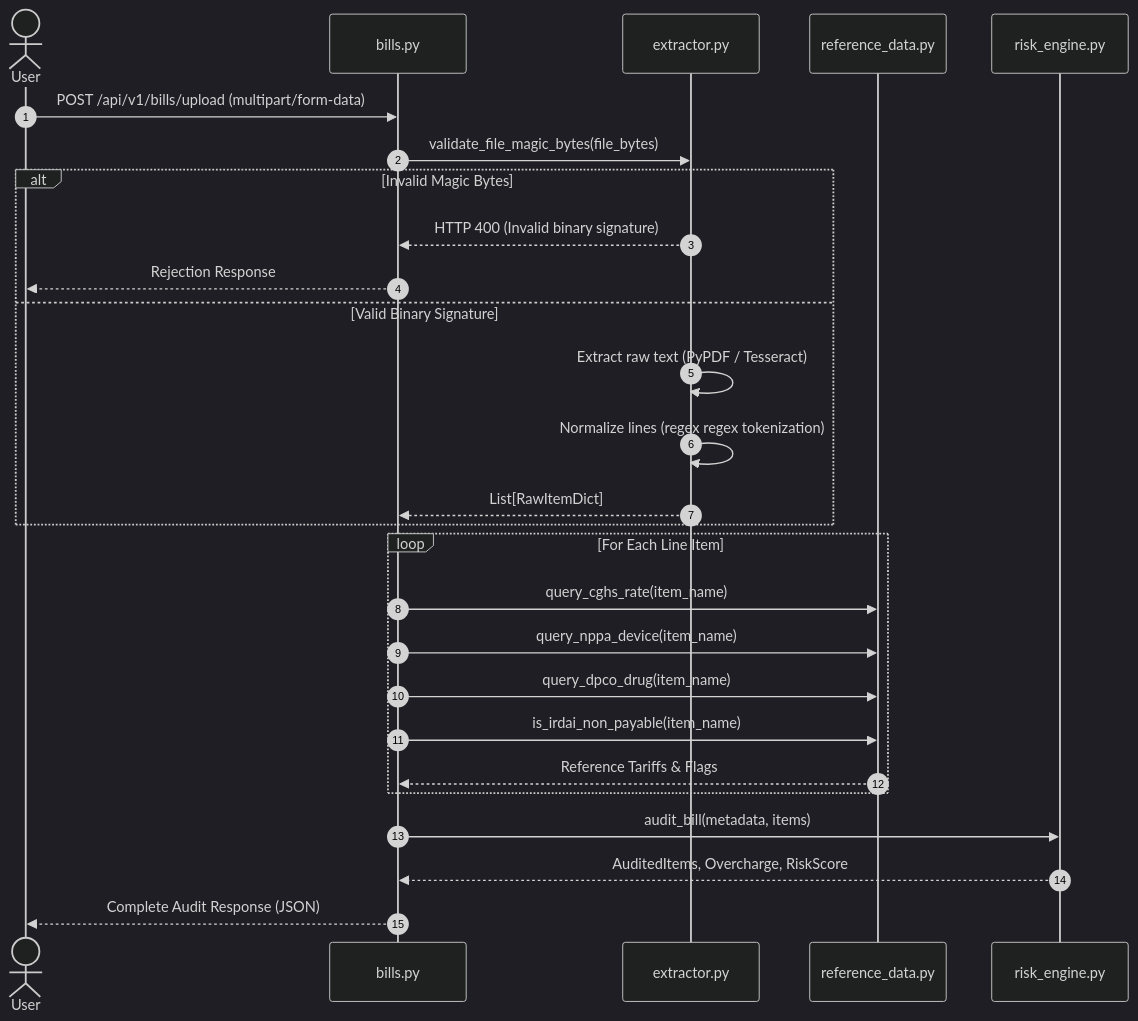
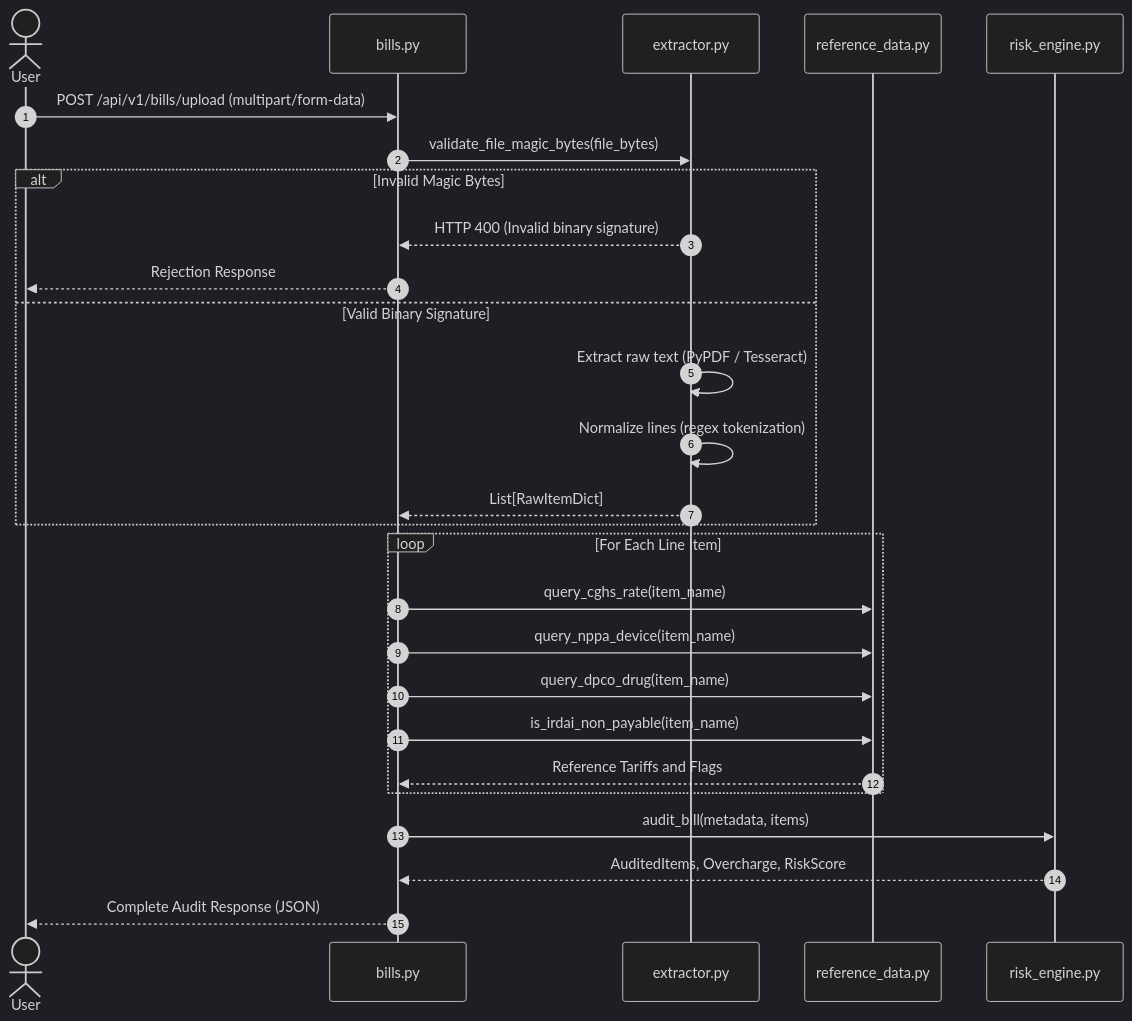
The third of 6 diagrams in docs/ARCHITECTURE.md (Harshil-18-byte/CuraVeris), drawn with Mermaid (dark theme) before and after one commit. The commit also changed other lines of this file, not shown here.

Commit message:
Rewrite ARCHITECTURE.md: stripped frontmatter, added feature definition table, math formulas, confidence threshold table, tamper detection explanation

````diff
--- a/docs/ARCHITECTURE.md
+++ b/docs/ARCHITECTURE.md
@@ -144,33 +137,33 @@
 ```mermaid
 sequenceDiagram
-    autonumber
-    actor User
-    participant Router as bills.py
-    participant Extractor as extractor.py
-    participant DBRef as reference_data.py
-    participant Engine as risk_engine.py
+  autonumber
+  actor User
+  participant Router as bills.py
+  participant Extractor as extractor.py
+  participant DBRef as reference_data.py
+  participant Engine as risk_engine.py
 
-    User->>Router: POST /api/v1/bills/upload (multipart/form-data)
-    Router->>Extractor: validate_file_magic_bytes(file_bytes)
-    alt Invalid Magic Bytes
-        Extractor-->>Router: HTTP 400 (Invalid binary signature)
-        Router-->>User: Rejection Response
-    else Valid Binary Signature
-        Extractor->>Extractor: Extract raw text (PyPDF / Tesseract)
-        Extractor->>Extractor: Normalize lines (regex regex tokenization)
-        Extractor-->>Router: List[RawItemDict]
-    end
+  User->>Router: POST /api/v1/bills/upload (multipart/form-data)
+  Router->>Extractor: validate_file_magic_bytes(file_bytes)
 
-    loop For Each Line Item
-        Router->>DBRef: query_cghs_rate(item_name)
-        Router->>DBRef: query_nppa_device(item_name)
-        Router->>DBRef: query_dpco_drug(item_name)
-        Router->>DBRef: is_irdai_non_payable(item_name)
-        DBRef-->>Router: Reference Tariffs & Flags
-    end
+  alt Invalid Magic Bytes
+    Extractor-->>Router: HTTP 400 (Invalid binary signature)
+    Router-->>User: Rejection Response
+  else Valid Binary Signature
+    Extractor->>Extractor: Extract raw text (PyPDF / Tesseract)
+    Extractor->>Extractor: Normalize lines (regex tokenization)
+    Extractor-->>Router: List[RawItemDict]
+  end
 
-    Router->>Engine: audit_bill(metadata, items)
-    Engine-->>Router: AuditedItems, Overcharge, RiskScore
-    Router-->>User: Complete Audit Response (JSON)
+  loop For Each Line Item
+    Router->>DBRef: query_cghs_rate(item_name)
+    Router->>DBRef: query_nppa_device(item_name)
+    Router->>DBRef: query_dpco_drug(item_name)
+    Router->>DBRef: is_irdai_non_payable(item_name)
+    DBRef-->>Router: Reference Tariffs and Flags
+  end
 
+  Router->>Engine: audit_bill(metadata, items)
+  Engine-->>Router: AuditedItems, Overcharge, RiskScore
+  Router-->>User: Complete Audit Response (JSON)
 ```
````
